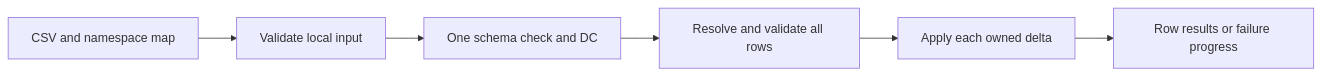
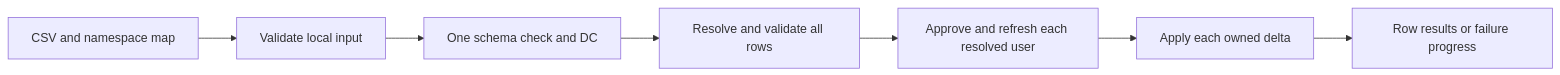
Before and after one commit to jonathanweinberg/DrunkenAD: the second of 2 diagrams in docs/ARCHITECTURE.md, drawn with Mermaid. The commit also changed other lines of this file and 35 other files, not shown here.

````diff
--- a/docs/ARCHITECTURE.md
+++ b/docs/ARCHITECTURE.md
@@ -71,8 +78,9 @@
 ```mermaid
 flowchart LR
     CSV["CSV and namespace map"] --> LOCAL["Validate local input"]
     LOCAL --> CONTEXT["One schema check and DC"]
     CONTEXT --> PREPARE["Resolve and validate all rows"]
-    PREPARE --> WRITE["Apply each owned delta"]
+    PREPARE --> FRESH["Approve and refresh each resolved user"]
+    FRESH --> WRITE["Apply each owned delta"]
     WRITE --> RESULTS["Row results or failure progress"]
 ```
````
